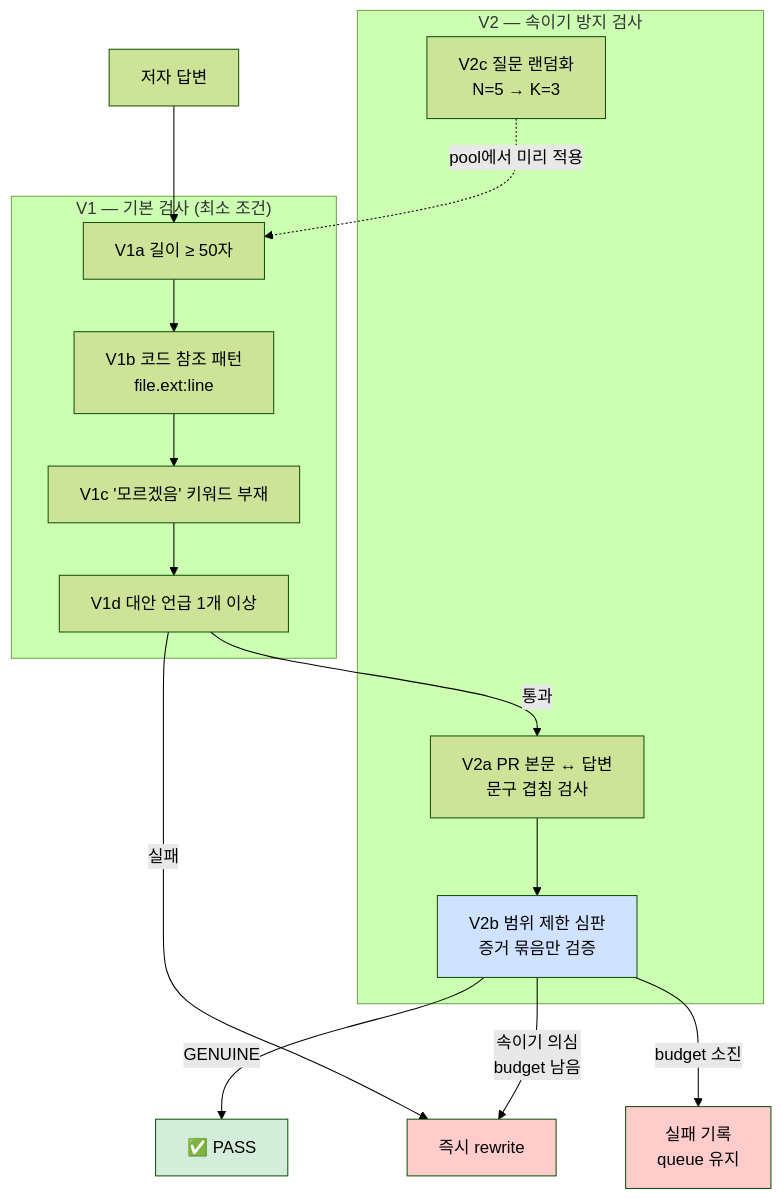
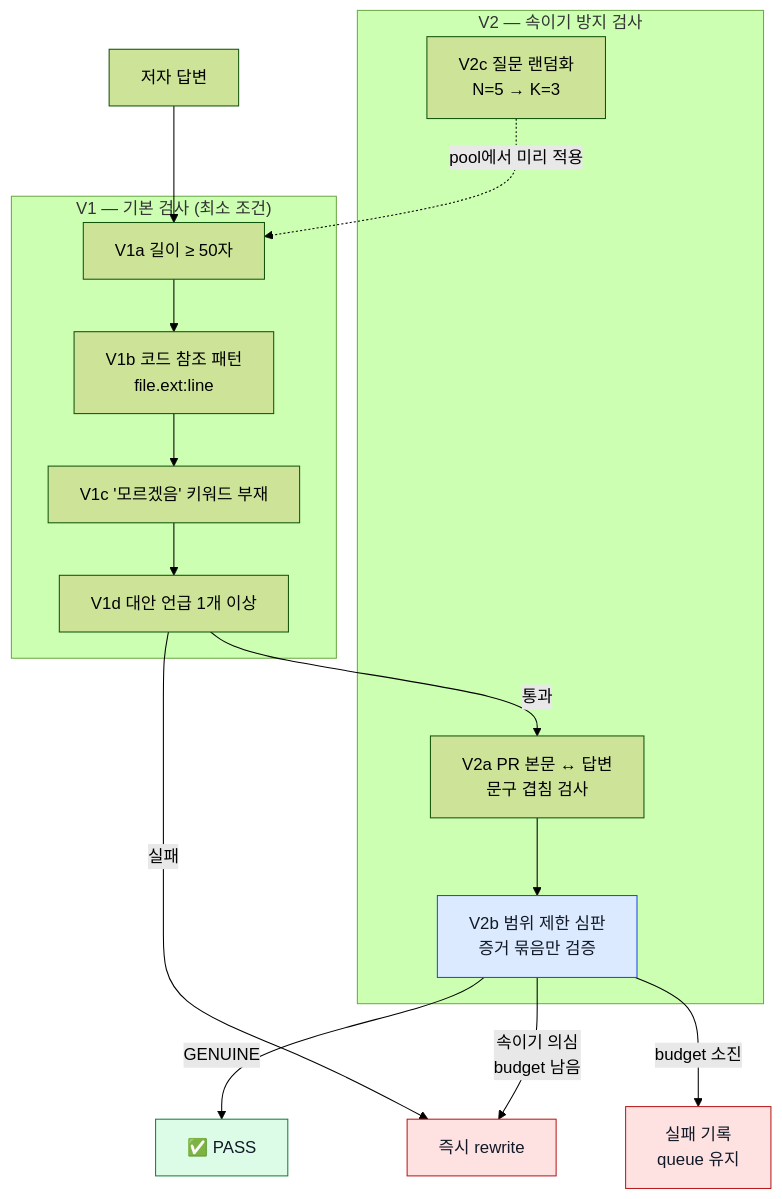
One commit to Jimmy-Jung/ai-symbiote changed the fifth of 12 diagrams in docs/09-검증-레이어-동작원리.md. Above: the diagram before and after it, drawn with Mermaid (forest theme). The commit also changed other lines of this file and 10 other files, not shown here.

Commit message:
docs(mermaid): 다이어그램 대비 색상 개선

````diff
--- a/docs/09-검증-레이어-동작원리.md
+++ b/docs/09-검증-레이어-동작원리.md
@@ -167,30 +167,30 @@
 ```mermaid
 flowchart TB
     subgraph V1["V1 — 기본 검사 (최소 조건)"]
         V1a["V1a 길이 ≥ 50자"]
         V1b["V1b 코드 참조 패턴<br/>file.ext:line"]
         V1c["V1c '모르겠음' 키워드 부재"]
         V1d["V1d 대안 언급 1개 이상"]
     end
 
     subgraph V2["V2 — 속이기 방지 검사"]
         V2a["V2a PR 본문 ↔ 답변<br/>문구 겹침 검사"]
         V2b["V2b 범위 제한 심판<br/>증거 묶음만 검증"]
         V2c["V2c 질문 랜덤화<br/>N=5 → K=3"]
     end
 
     Answer["저자 답변"] --> V1a
     V1a --> V1b --> V1c --> V1d
     V1d -->|통과| V2a
     V1d -->|실패| Rewrite["즉시 rewrite"]
     V2a --> V2b
     V2b -->|GENUINE| Pass["✅ PASS"]
     V2b -->|속이기 의심<br/>budget 남음| Rewrite
     V2b -->|budget 소진| Fail["실패 기록<br/>queue 유지"]
     V2c -.pool에서 미리 적용.-> V1a
 
-    style Pass fill:#d4edda
-    style Rewrite fill:#ffcccc
-    style V2b fill:#cfe2ff
-    style Fail fill:#ffcccc
+    style Pass fill:#dcfce7,stroke:#15803d,color:#111827
+    style Rewrite fill:#fee2e2,stroke:#b91c1c,color:#111827
+    style V2b fill:#dbeafe,stroke:#1d4ed8,color:#111827
+    style Fail fill:#fee2e2,stroke:#b91c1c,color:#111827
 ```
````
